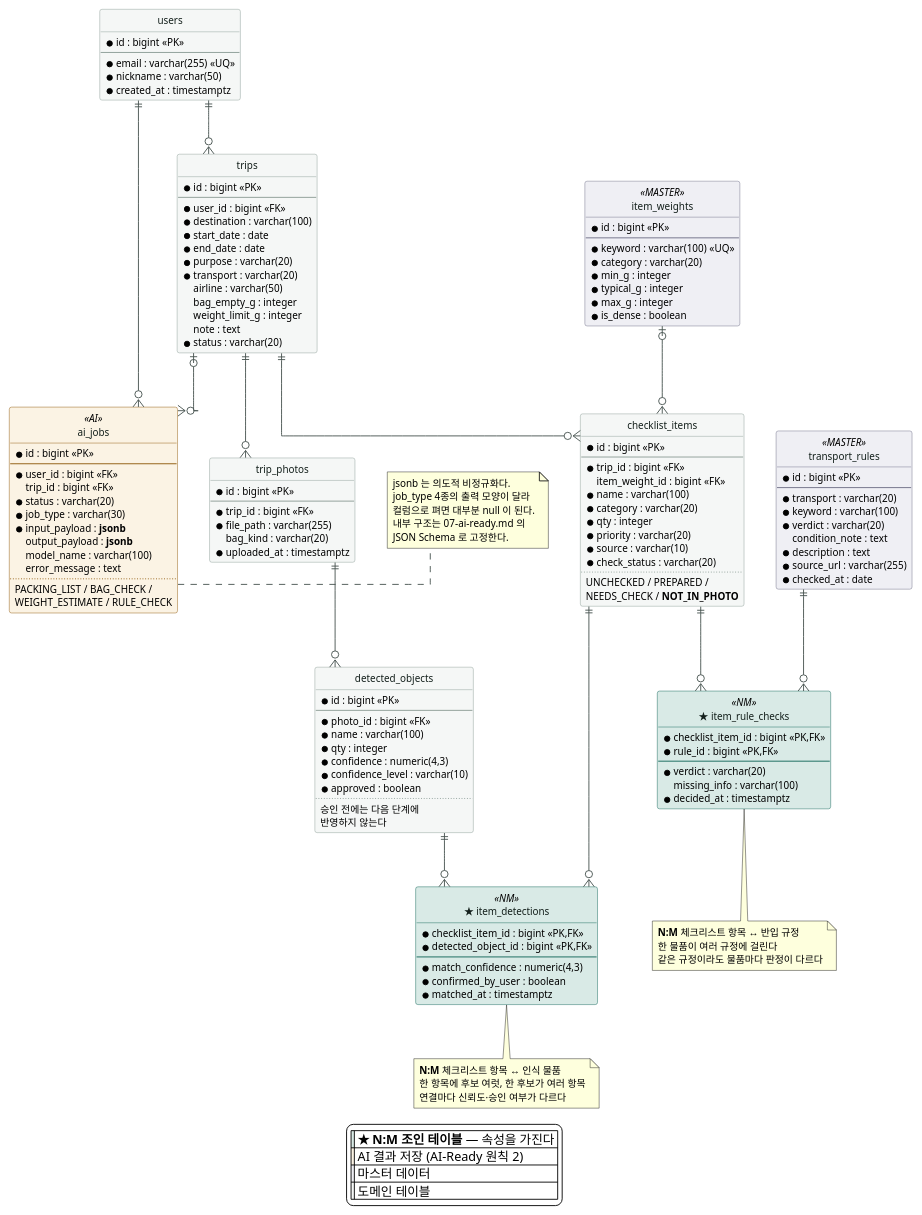
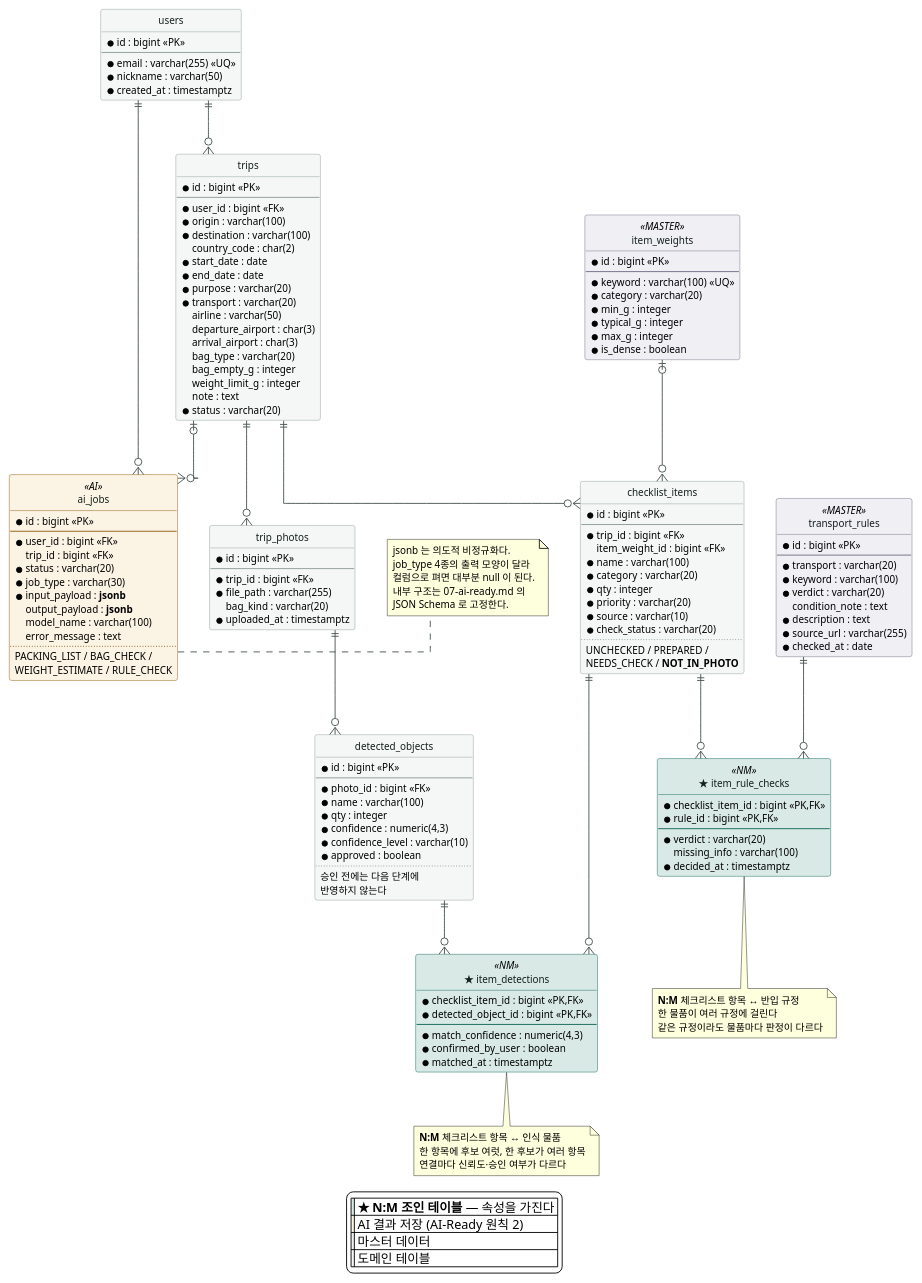
One commit to SangMyeong5426/skala-mini-ai-web-service changed the diagram in docs/images/05-erd.puml. Above: the diagram before and after it, drawn with PlantUML. The commit also changed 9 other files, not shown here.

First line of the commit message:
fix(docs): Notion 흐름 순서 반영 표시, ERD puml 컬럼 보강, P3 표기 정리

```diff
--- a/docs/images/05-erd.puml
+++ b/docs/images/05-erd.puml
@@ -1,192 +1,197 @@
 @startuml 05-erd
 ' ─────────────────────────────────────────────────────────
 '  AI 여행가방 확인 플랫폼 — ERD
 '  출처: docs/05-erd.md · database/schema.sql (셋은 짝이다)
 '
 '  채점 기준: "ERD 테이블 관계(1:N, N:M) 및 정규화 타당성"
 '  ★ 표시 둘이 N:M 조인 테이블이고, 둘 다 속성을 가진다.
 ' ─────────────────────────────────────────────────────────
 
 hide circle
 skinparam backgroundColor #FFFFFF
 skinparam shadowing false
 skinparam defaultFontName "Apple SD Gothic Neo"
 skinparam defaultFontSize 11
 skinparam linetype ortho
 skinparam ArrowColor #46524E
 
 skinparam class {
   BackgroundColor #F5F7F6
   BorderColor #8A9A94
   FontColor #14201C
   BackgroundColor<<NM>> #D9EAE6
   BorderColor<<NM>> #0D6455
   BackgroundColor<<AI>> #FBF3E4
   BorderColor<<AI>> #8D5606
   BackgroundColor<<MASTER>> #EFEFF4
   BorderColor<<MASTER>> #6B6B84
 }
 
 entity "users" as users {
   * id : bigint <<PK>>
   --
   * email : varchar(255) <<UQ>>
   * nickname : varchar(50)
   * created_at : timestamptz
 }
 
 entity "trips" as trips {
   * id : bigint <<PK>>
   --
   * user_id : bigint <<FK>>
+  * origin : varchar(100)
   * destination : varchar(100)
+  country_code : char(2)
   * start_date : date
   * end_date : date
   * purpose : varchar(20)
   * transport : varchar(20)
   airline : varchar(50)
+  departure_airport : char(3)
+  arrival_airport : char(3)
+  bag_type : varchar(20)
   bag_empty_g : integer
   weight_limit_g : integer
   note : text
   * status : varchar(20)
 }
 
 entity "checklist_items" as items {
   * id : bigint <<PK>>
   --
   * trip_id : bigint <<FK>>
   item_weight_id : bigint <<FK>>
   * name : varchar(100)
   * category : varchar(20)
   * qty : integer
   * priority : varchar(20)
   * source : varchar(10)
   * check_status : varchar(20)
   ..
   UNCHECKED / PREPARED /
   NEEDS_CHECK / **NOT_IN_PHOTO**
 }
 
 entity "trip_photos" as photos {
   * id : bigint <<PK>>
   --
   * trip_id : bigint <<FK>>
   * file_path : varchar(255)
   bag_kind : varchar(20)
   * uploaded_at : timestamptz
 }
 
 entity "detected_objects" as detected {
   * id : bigint <<PK>>
   --
   * photo_id : bigint <<FK>>
   * name : varchar(100)
   * qty : integer
   * confidence : numeric(4,3)
   * confidence_level : varchar(10)
   * approved : boolean
   ..
   승인 전에는 다음 단계에
   반영하지 않는다
 }
 
 entity "★ item_detections" as idt <<NM>> {
   * checklist_item_id : bigint <<PK,FK>>
   * detected_object_id : bigint <<PK,FK>>
   --
   * match_confidence : numeric(4,3)
   * confirmed_by_user : boolean
   * matched_at : timestamptz
 }
 
 entity "★ item_rule_checks" as irc <<NM>> {
   * checklist_item_id : bigint <<PK,FK>>
   * rule_id : bigint <<PK,FK>>
   --
   * verdict : varchar(20)
   missing_info : varchar(100)
   * decided_at : timestamptz
 }
 
 entity "transport_rules" as rules <<MASTER>> {
   * id : bigint <<PK>>
   --
   * transport : varchar(20)
   * keyword : varchar(100)
   * verdict : varchar(20)
   condition_note : text
   * description : text
   * source_url : varchar(255)
   * checked_at : date
 }
 
 entity "item_weights" as weights <<MASTER>> {
   * id : bigint <<PK>>
   --
   * keyword : varchar(100) <<UQ>>
   * category : varchar(20)
   * min_g : integer
   * typical_g : integer
   * max_g : integer
   * is_dense : boolean
 }
 
 entity "ai_jobs" as jobs <<AI>> {
   * id : bigint <<PK>>
   --
   * user_id : bigint <<FK>>
   trip_id : bigint <<FK>>
   * status : varchar(20)
   * job_type : varchar(30)
   * input_payload : **jsonb**
   output_payload : **jsonb**
   model_name : varchar(100)
   error_message : text
   ..
   PACKING_LIST / BAG_CHECK /
   WEIGHT_ESTIMATE / RULE_CHECK
 }
 
 ' ── 1:N ───────────────────────────────────────────────────
 users    ||--o{ trips
 users    ||--o{ jobs
 trips    ||--o{ items
 trips    ||--o{ photos
 trips    |o--o{ jobs
 photos   ||--o{ detected
 weights  |o--o{ items
 
 ' ── N:M (조인 테이블 경유) ────────────────────────────────
 items    ||--o{ idt
 detected ||--o{ idt
 items    ||--o{ irc
 rules    ||--o{ irc
 
 note bottom of idt
   **N:M** 체크리스트 항목 ↔ 인식 물품
   한 항목에 후보 여럿, 한 후보가 여러 항목
   연결마다 신뢰도·승인 여부가 다르다
 end note
 
 note bottom of irc
   **N:M** 체크리스트 항목 ↔ 반입 규정
   한 물품이 여러 규정에 걸린다
   같은 규정이라도 물품마다 판정이 다르다
 end note
 
 note right of jobs
   jsonb 는 의도적 비정규화다.
   job_type 4종의 출력 모양이 달라
   컬럼으로 펴면 대부분 null 이 된다.
   내부 구조는 07-ai-ready.md 의
   JSON Schema 로 고정한다.
 end note
 
 legend bottom
   |<#D9EAE6>| ★ **N:M 조인 테이블** — 속성을 가진다 |
   |<#FBF3E4>| AI 결과 저장 (AI-Ready 원칙 2) |
   |<#EFEFF4>| 마스터 데이터 |
   |<#F5F7F6>| 도메인 테이블 |
 endlegend
 
 @enduml
```
